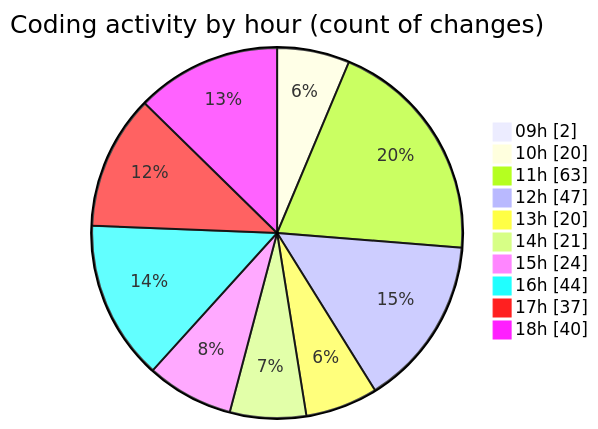
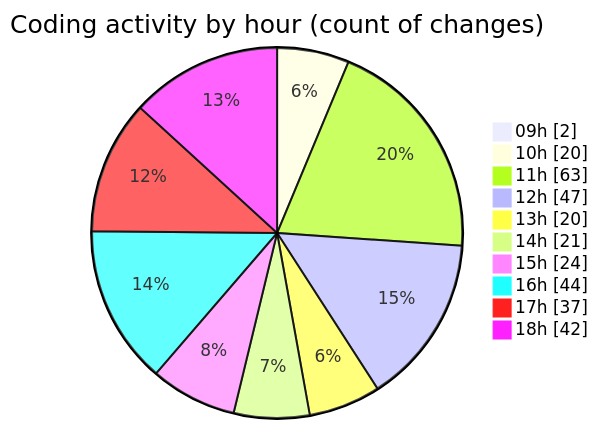
One commit to momahboobian/code-tracking changed the second of 2 diagrams in 2025-04-08/cda/README.md. Above: the diagram before and after it, drawn with Mermaid. The commit also changed other lines of this file and 1 other file, not shown here.

````diff
--- a/2025-04-08/cda/README.md
+++ b/2025-04-08/cda/README.md
@@ -46,14 +46,14 @@
 ```mermaid
 pie showData
 title Coding activity by hour (count of changes)
 "09h" : 2
 "10h" : 20
 "11h" : 63
 "12h" : 47
 "13h" : 20
 "14h" : 21
 "15h" : 24
 "16h" : 44
 "17h" : 37
-"18h" : 40
+"18h" : 42
 ```
````
